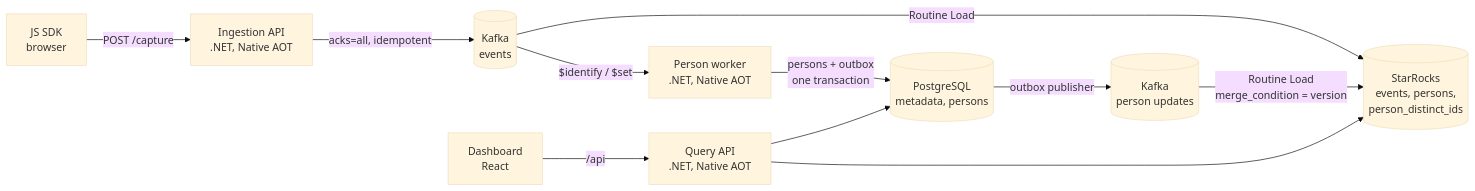
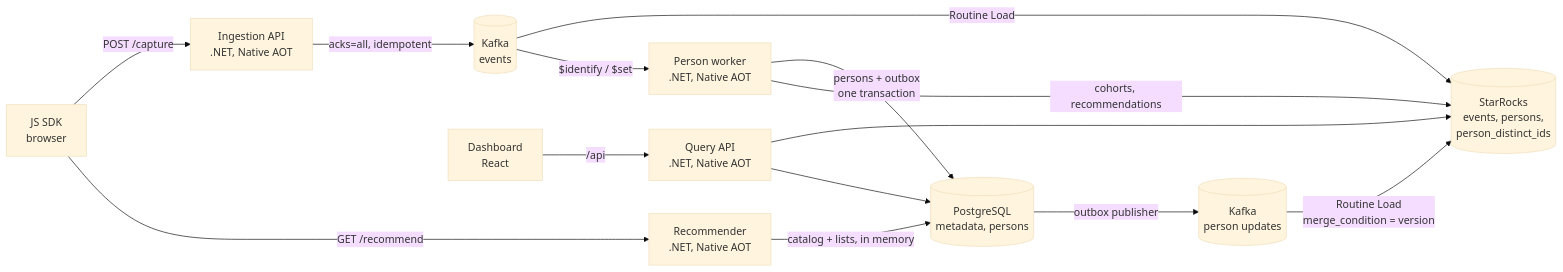
One commit to guvenimat/ReapDeep changed the diagram in README.md. Above: the diagram before and after it, drawn with Mermaid (base theme). The commit also changed other lines of this file and 7 other files, not shown here.

First line of the commit message:
Measure recommendations and document the catalog

````diff
--- a/README.md
+++ b/README.md
@@ -27,13 +28,16 @@
 ```mermaid
 flowchart LR
     SDK["JS SDK<br/>browser"] -->|"POST /capture"| ING["Ingestion API<br/>.NET, Native AOT"]
     ING -->|"acks=all, idempotent"| K[("Kafka<br/>events")]
     K -->|"Routine Load"| SR[("StarRocks<br/>events, persons,<br/>person_distinct_ids")]
     K -->|"$identify / $set"| PW["Person worker<br/>.NET, Native AOT"]
     PW -->|"persons + outbox<br/>one transaction"| PG[("PostgreSQL<br/>metadata, persons")]
     PG -->|"outbox publisher"| KU[("Kafka<br/>person updates")]
     KU -->|"Routine Load<br/>merge_condition = version"| SR
     QA["Query API<br/>.NET, Native AOT"] --> SR
     QA --> PG
     DB["Dashboard<br/>React"] -->|"/api"| QA
+    PW -->|"cohorts, recommendations"| SR
+    RC["Recommender<br/>.NET, Native AOT"] -->|"catalog + lists, in memory"| PG
+    SDK -->|"GET /recommend"| RC
 ```
````
